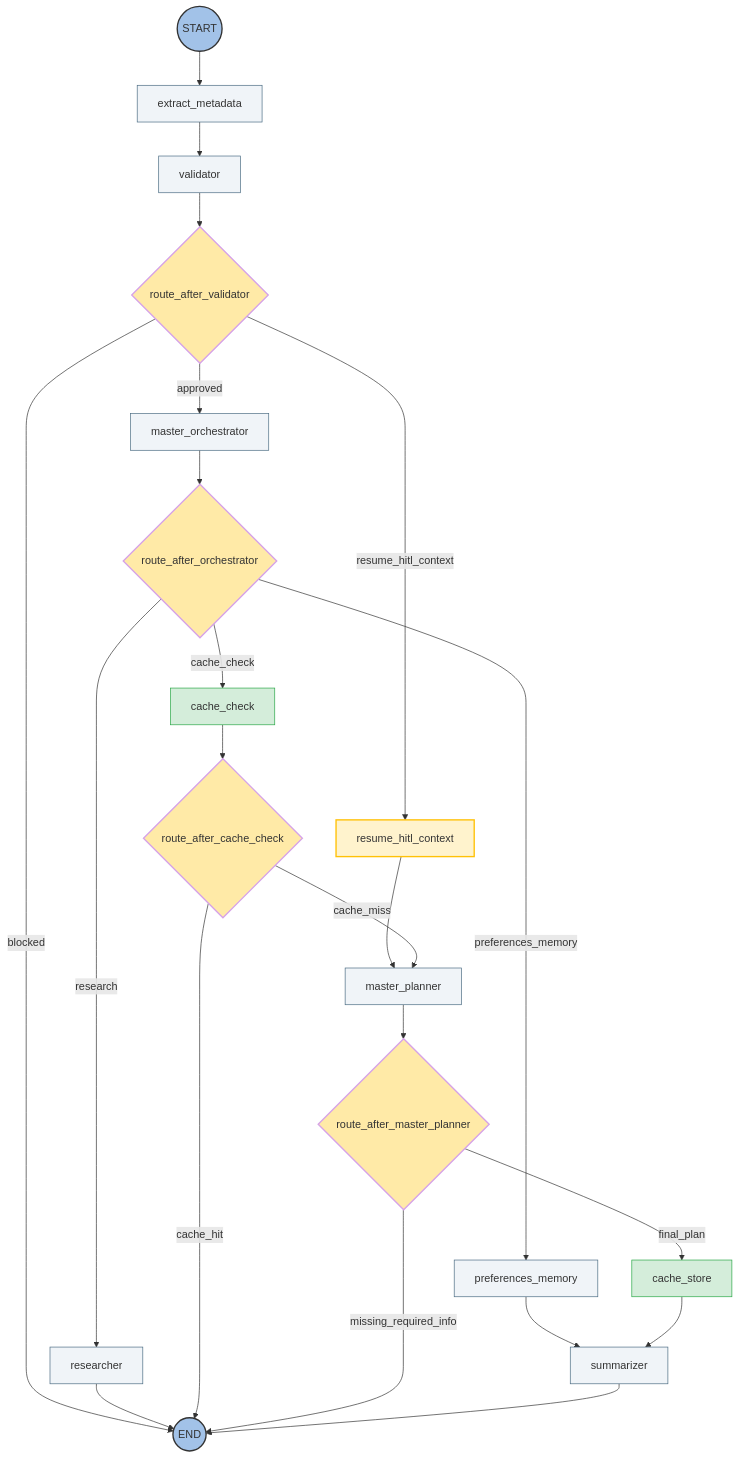
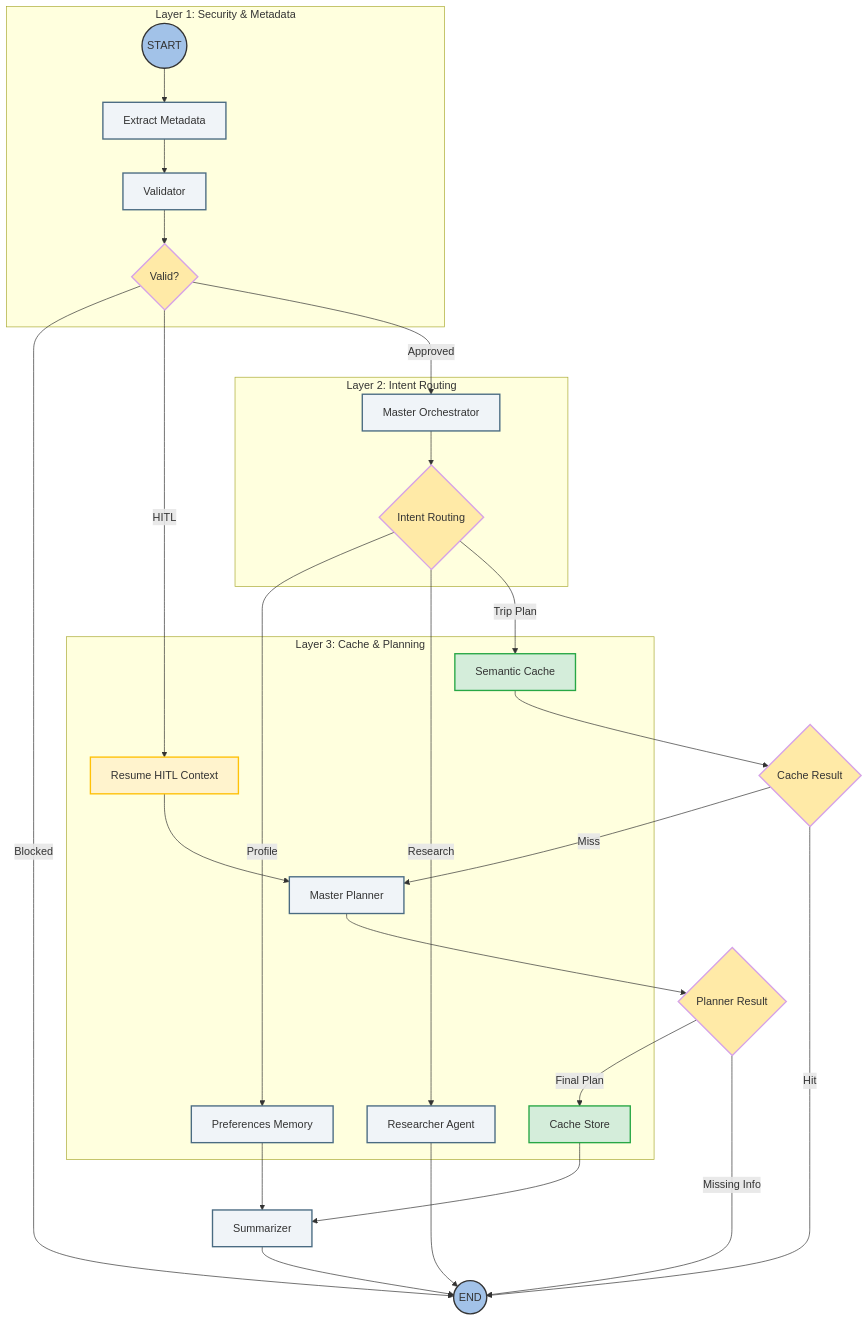
Before and after one commit to eladdamti100/travel-agent: the diagram in GRAPHS.md, drawn with Mermaid. The commit also changed other lines of this file, not shown here.

Commit message:
Refactor system architecture diagrams for clarity and detail; enhance node descriptions and flow paths

````diff
--- a/GRAPHS.md
+++ b/GRAPHS.md
@@ -5,57 +6,64 @@
 ```mermaid
 graph TD
+    %% Styling Configuration
     classDef startEnd fill:#A2C2E8,stroke:#333,stroke-width:2px,rx:10px,ry:10px;
-    classDef nodeStyle fill:#F0F4F8,stroke:#4A6B82,stroke-width:1px;
+    classDef coreProcess fill:#F0F4F8,stroke:#4A6B82,stroke-width:2px;
     classDef routerStyle fill:#FFEAA7,stroke:#D6A2E8,stroke-width:2px,shape:diamond;
-    classDef cacheStyle fill:#D4EDDA,stroke:#28A745,stroke-width:1px;
+    classDef cacheStyle fill:#D4EDDA,stroke:#28A745,stroke-width:2px;
     classDef hitlStyle fill:#FFF3CD,stroke:#FFC107,stroke-width:2px;
 
-    START((START)):::startEnd
-    EXTRACT_META[extract_metadata]:::nodeStyle
-    VALIDATOR[validator]:::nodeStyle
-    ROUTE_VAL{route_after_validator}:::routerStyle
-    ROUTE_ORCH{route_after_orchestrator}:::routerStyle
-    ROUTE_CACHE{route_after_cache_check}:::routerStyle
-    ROUTE_PLAN{route_after_master_planner}:::routerStyle
-    
-    MASTER_ORCH[master_orchestrator]:::nodeStyle
-    PREFS_MEM[preferences_memory]:::nodeStyle
-    RESEARCHER[researcher]:::nodeStyle
-    CACHE_CHECK[cache_check]:::cacheStyle
-    RESUME_HITL[resume_hitl_context]:::hitlStyle
-    MASTER_PLANNER[master_planner]:::nodeStyle
-    CACHE_STORE[cache_store]:::cacheStyle
-    SUMMARIZER[summarizer]:::nodeStyle
+    %% Subgraphs for visual clarity
+    subgraph Guardrails [Layer 1: Security & Metadata]
+        START((START)):::startEnd
+        EXTRACT_META[Extract Metadata]:::coreProcess
+        VALIDATOR[Validator]:::coreProcess
+        ROUTE_VAL{Valid?}:::routerStyle
+    end
+
+    subgraph Orchestration [Layer 2: Intent Routing]
+        MASTER_ORCH[Master Orchestrator]:::coreProcess
+        ROUTE_ORCH{Intent Routing}:::routerStyle
+    end
+
+    subgraph Execution [Layer 3: Cache & Planning]
+        PREFS_MEM[Preferences Memory]:::coreProcess
+        RESEARCHER[Researcher Agent]:::coreProcess
+        CACHE_CHECK[Semantic Cache]:::cacheStyle
+        RESUME_HITL[Resume HITL Context]:::hitlStyle
+        MASTER_PLANNER[Master Planner]:::coreProcess
+        CACHE_STORE[Cache Store]:::cacheStyle
+    end
+
+    SUMMARIZER[Summarizer]:::coreProcess
     END_NODE((END)):::startEnd
 
+    %% Flow Paths
     START --> EXTRACT_META
     EXTRACT_META --> VALIDATOR
     VALIDATOR --> ROUTE_VAL
     
-    ROUTE_VAL -- "blocked" --> END_NODE
-    ROUTE_VAL -- "resume_hitl_context" --> RESUME_HITL
-    ROUTE_VAL -- "approved" --> MASTER_ORCH
+    ROUTE_VAL -- Blocked --> END_NODE
+    ROUTE_VAL -- HITL --> RESUME_HITL
+    ROUTE_VAL -- Approved --> MASTER_ORCH
     
     RESUME_HITL --> MASTER_PLANNER
     MASTER_ORCH --> ROUTE_ORCH
     
-    ROUTE_ORCH -- "preferences_memory" --> PREFS_MEM
-    ROUTE_ORCH -- "research" --> RESEARCHER
-    ROUTE_ORCH -- "cache_check" --> CACHE_CHECK
+    ROUTE_ORCH -- "Profile" --> PREFS_MEM
+    ROUTE_ORCH -- "Research" --> RESEARCHER
+    ROUTE_ORCH -- "Trip Plan" --> CACHE_CHECK
     
     PREFS_MEM --> SUMMARIZER
     RESEARCHER --> END_NODE
     
-    CACHE_CHECK --> ROUTE_CACHE
+    CACHE_CHECK --> ROUTE_CACHE{Cache Result}:::routerStyle
+    ROUTE_CACHE -- "Hit" --> END_NODE
+    ROUTE_CACHE -- "Miss" --> MASTER_PLANNER
     
-    ROUTE_CACHE -- "cache_hit" --> END_NODE
-    ROUTE_CACHE -- "cache_miss" --> MASTER_PLANNER
-    
-    MASTER_PLANNER --> ROUTE_PLAN
-    
-    ROUTE_PLAN -- "missing_required_info" --> END_NODE
-    ROUTE_PLAN -- "final_plan" --> CACHE_STORE
+    MASTER_PLANNER --> ROUTE_PLAN{Planner Result}:::routerStyle
+    ROUTE_PLAN -- "Missing Info" --> END_NODE
+    ROUTE_PLAN -- "Final Plan" --> CACHE_STORE
     
     CACHE_STORE --> SUMMARIZER
     SUMMARIZER --> END_NODE
 ```
````
